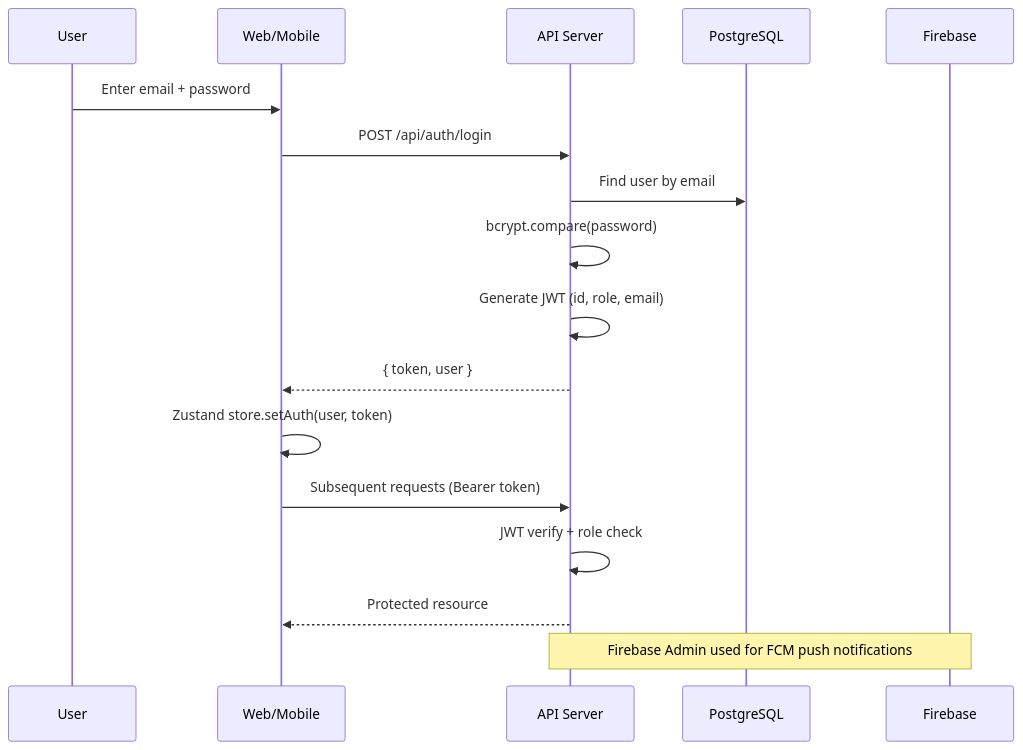
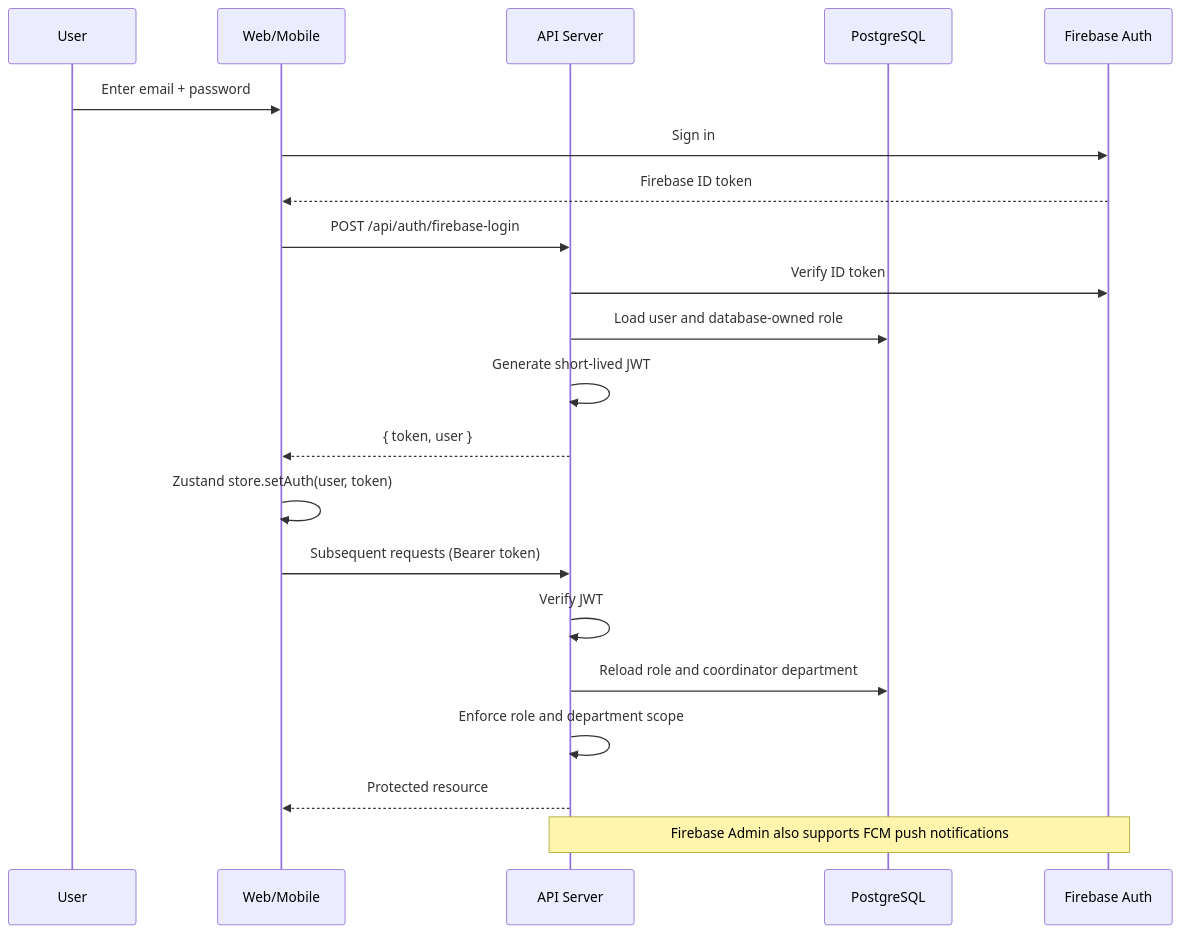
One commit to YashChaudhari999/PlacementX changed the second of 2 diagrams in project_context.md. Above: the diagram before and after it, drawn with Mermaid. The commit also changed other lines of this file and 44 other files, not shown here.

````diff
--- a/project_context.md
+++ b/project_context.md
@@ -470,21 +470,25 @@
 ```mermaid
 sequenceDiagram
     participant U as User
     participant W as Web/Mobile
     participant A as API Server
     participant DB as PostgreSQL
-    participant FB as Firebase
+    participant FB as Firebase Auth
 
     U->>W: Enter email + password
-    W->>A: POST /api/auth/login
-    A->>DB: Find user by email
-    A->>A: bcrypt.compare(password)
-    A->>A: Generate JWT (id, role, email)
+    W->>FB: Sign in
+    FB-->>W: Firebase ID token
+    W->>A: POST /api/auth/firebase-login
+    A->>FB: Verify ID token
+    A->>DB: Load user and database-owned role
+    A->>A: Generate short-lived JWT
     A-->>W: { token, user }
     W->>W: Zustand store.setAuth(user, token)
     W->>A: Subsequent requests (Bearer token)
-    A->>A: JWT verify + role check
+    A->>A: Verify JWT
+    A->>DB: Reload role and coordinator department
+    A->>A: Enforce role and department scope
     A-->>W: Protected resource
-    
-    Note over A,FB: Firebase Admin used for FCM push notifications
+
+    Note over A,FB: Firebase Admin also supports FCM push notifications
 ```
````
